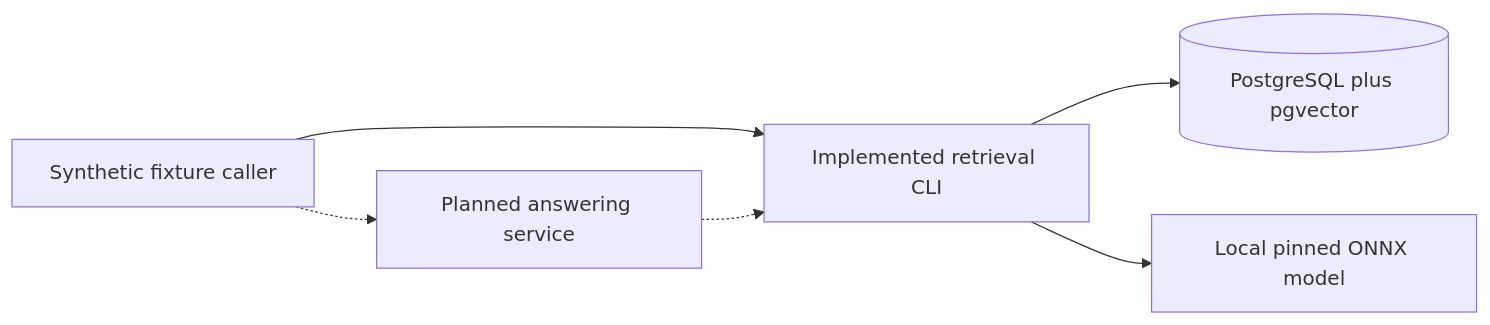
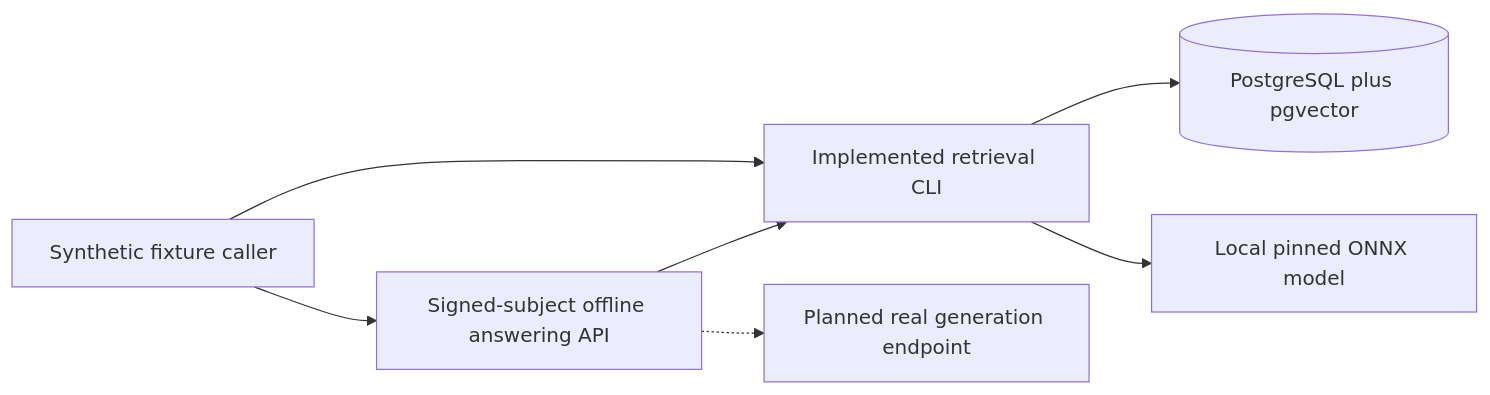
The first of 6 diagrams in docs/ARCHITECTURE.md (venkatakgonela/rag-audit-demo), drawn with Mermaid before and after one commit. The commit also changed other lines of this file and 10 other files, not shown here.

````diff
--- a/docs/ARCHITECTURE.md
+++ b/docs/ARCHITECTURE.md
@@ -18,8 +18,9 @@
 ```mermaid
 flowchart LR
     user["Synthetic fixture caller"] --> cli["Implemented retrieval CLI"]
     cli --> db[("PostgreSQL plus pgvector")]
     cli --> model["Local pinned ONNX model"]
-    user -.-> answer["Planned answering service"]
-    answer -.-> cli
+    user --> answer["Signed-subject offline answering API"]
+    answer --> cli
+    answer -.-> real["Planned real generation endpoint"]
 ```
````
